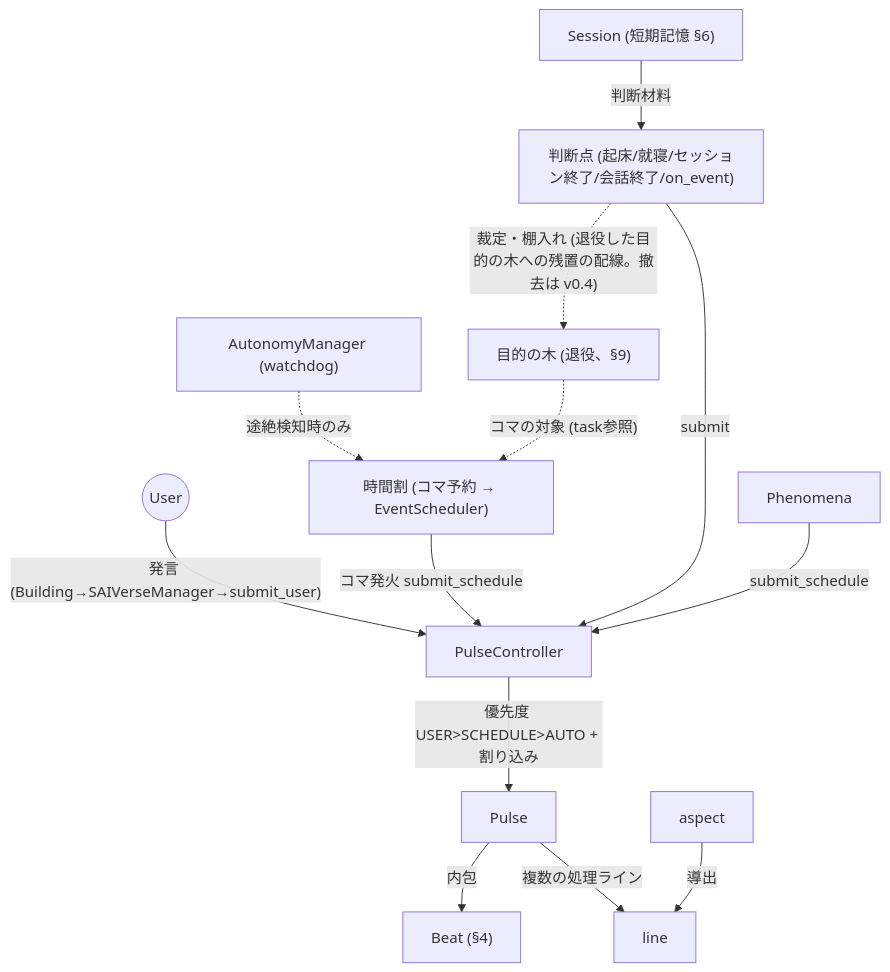
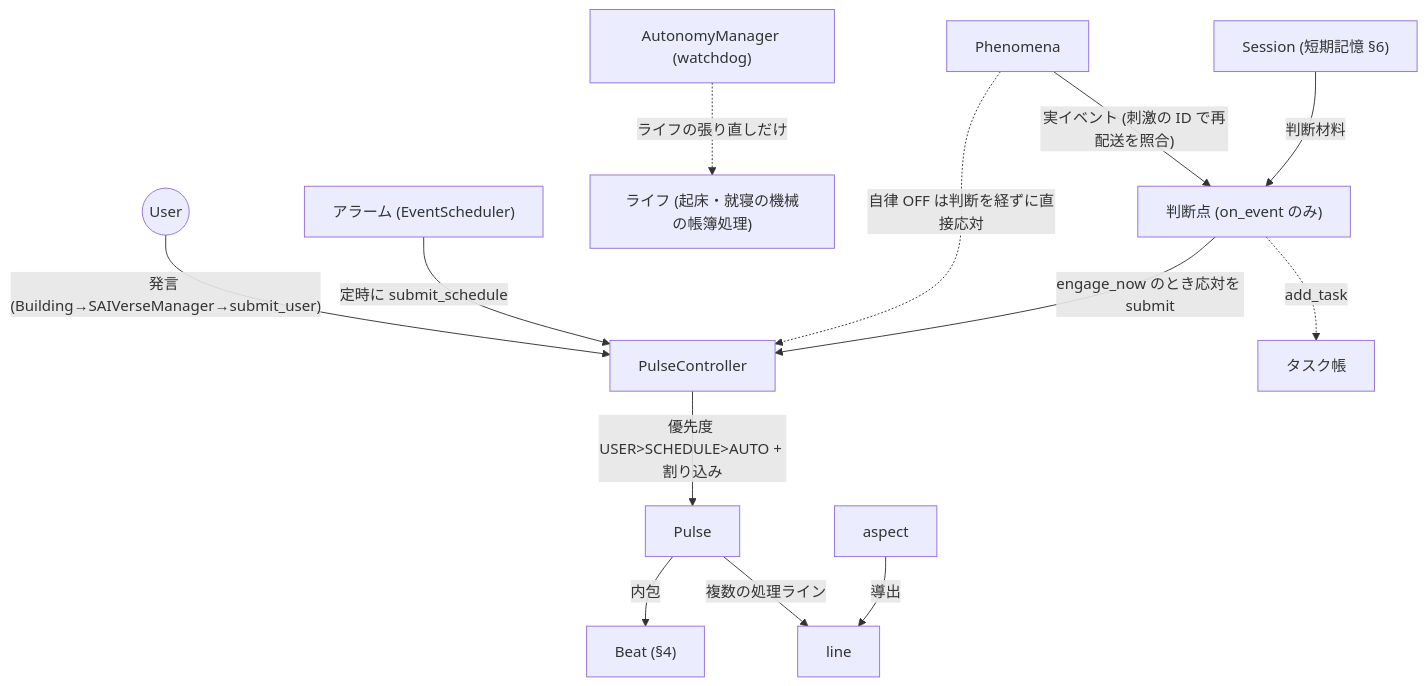
Before and after one commit to maha0525/SAIVerse: the third of 7 diagrams in docs/overview/landscape.md, drawn with Mermaid. The commit also changed other lines of this file and 33 other files, not shown here.

````diff
--- a/docs/overview/landscape.md
+++ b/docs/overview/landscape.md
@@ -183,15 +188,16 @@
 ```mermaid
 graph TD
     User((User)) -->|"発言 (Building→SAIVerseManager→submit_user)"| PulseController
-    DayPlan["時間割 (コマ予約 → EventScheduler)"] -->|コマ発火 submit_schedule| PulseController
-    JudgmentPoints["判断点 (起床/就寝/セッション終了/会話終了/on_event)"] -->|submit| PulseController
-    Watchdog["AutonomyManager (watchdog)"] -.->|途絶検知時のみ| DayPlan
-    Phenomena -->|submit_schedule| PulseController
+    Alarm["アラーム (EventScheduler)"] -->|定時に submit_schedule| PulseController
+    Life["ライフ (起床・就寝の機械の帳簿処理)"]
+    Watchdog["AutonomyManager (watchdog)"] -.->|ライフの張り直しだけ| Life
+    Phenomena -->|"実イベント (刺激の ID で再配送を照合)"| JudgmentPoints["判断点 (on_event のみ)"]
+    Phenomena -.->|"自律 OFF は判断を経ずに直接応対"| PulseController
+    JudgmentPoints -->|"engage_now のとき応対を submit"| PulseController
+    JudgmentPoints -.->|"add_task"| TaskBook["タスク帳"]
     Session["Session (短期記憶 §6)"] -->|判断材料| JudgmentPoints
-    JudgmentPoints -.->|"裁定・棚入れ (退役した目的の木への残置の配線。撤去は v0.4)"| PurposeTree["目的の木 (退役、§9)"]
-    PurposeTree -.->|"コマの対象 (task参照)"| DayPlan
     PulseController -->|"優先度 USER>SCHEDULE>AUTO + 割り込み"| Pulse
     Pulse -->|内包| Beat["Beat (§4)"]
     Pulse -->|複数の処理ライン| line
     aspect -->|導出| line
 ```
````
